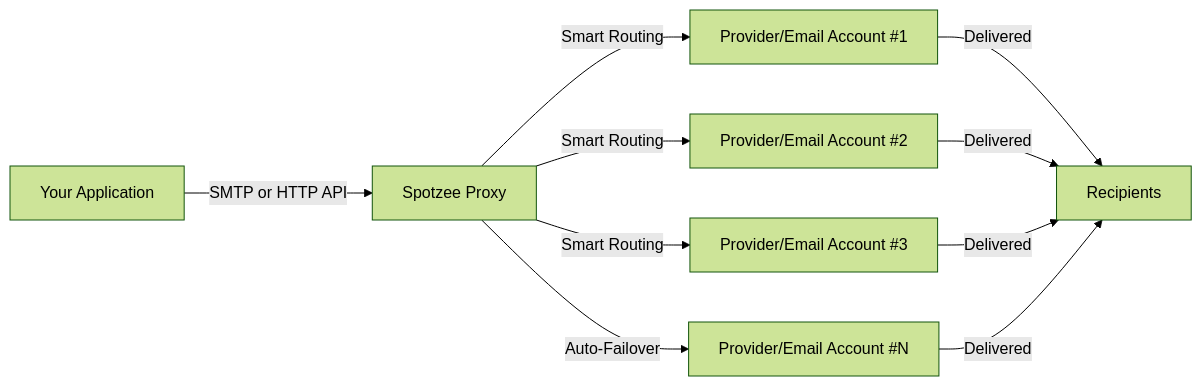
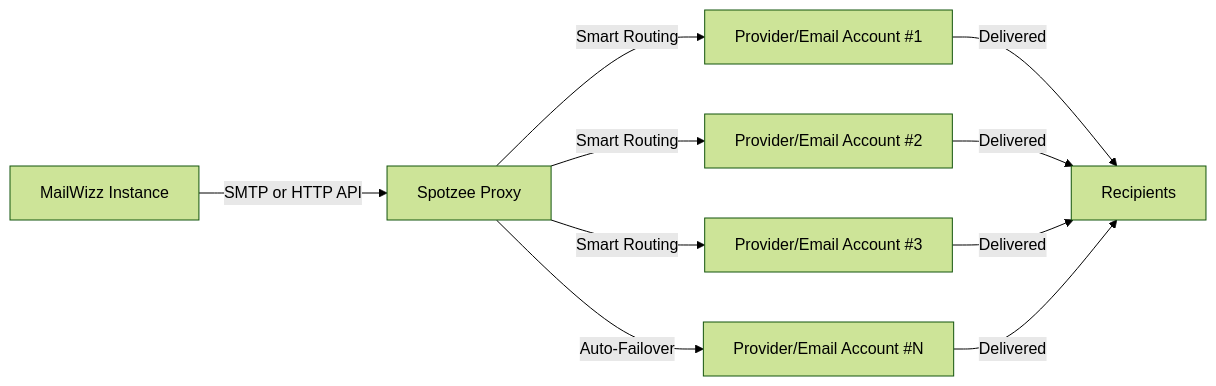
The diagram in README.md (spotzee-marketing/http-smtp-email-proxy-mailwizz-extension), drawn with Mermaid (forest theme) before and after one commit. The commit also changed other lines of this file, not shown here.

````diff
--- a/README.md
+++ b/README.md
@@ -70,12 +70,12 @@
 ```mermaid
 graph LR
-    A[Your Application] -->|SMTP or HTTP API| B[Spotzee Proxy]
+    A[MailWizz Instance] -->|SMTP or HTTP API| B[Spotzee Proxy]
     B -->|Smart Routing| C[Provider/Email Account #1]
     B -->|Smart Routing| D[Provider/Email Account #2]
     B -->|Smart Routing| E[Provider/Email Account #3]
     B -->|Auto-Failover| F[Provider/Email Account #N]
     C -->|Delivered| G[Recipients]
     D -->|Delivered| G
     E -->|Delivered| G
     F -->|Delivered| G
 ```
````
